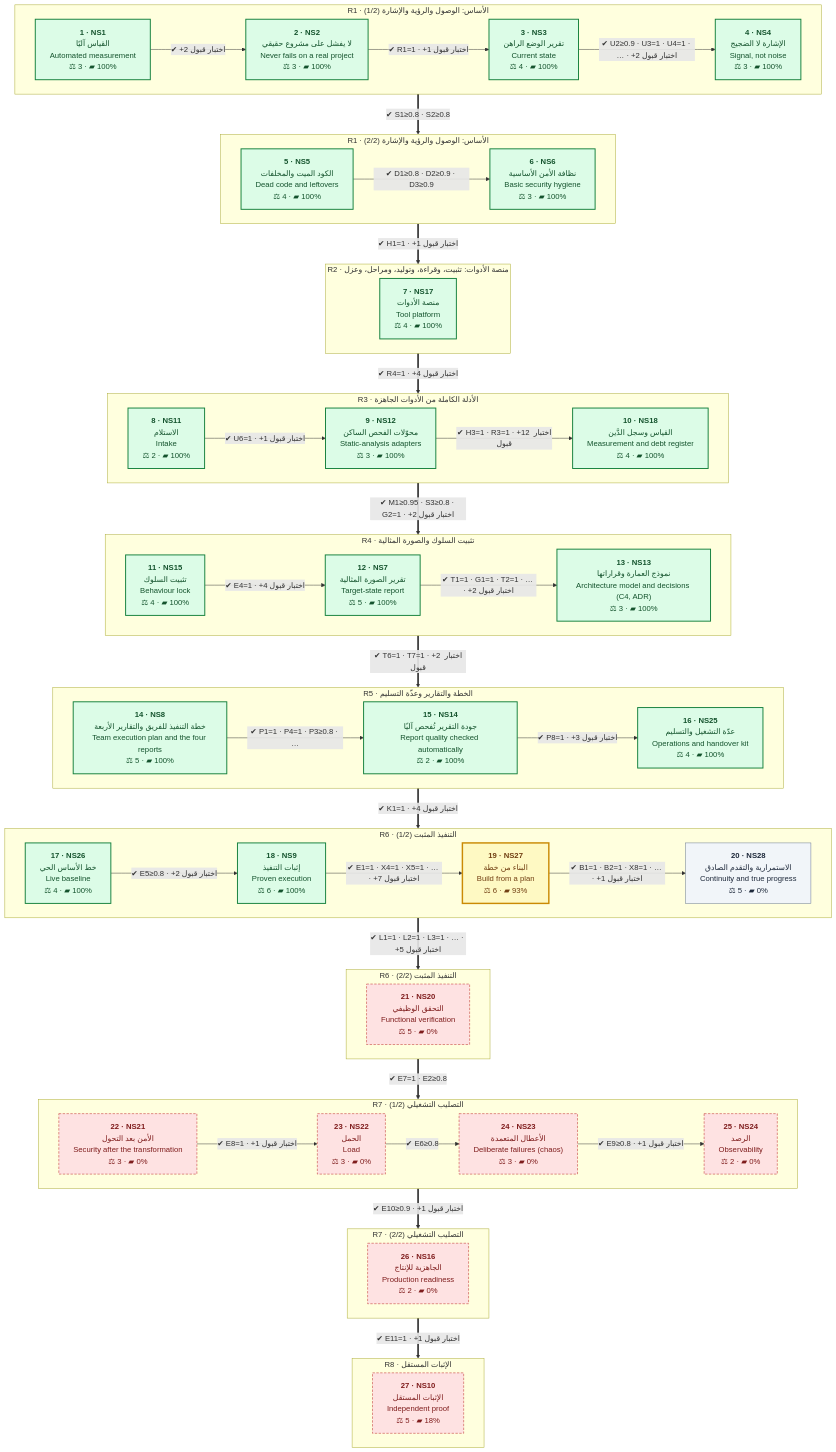
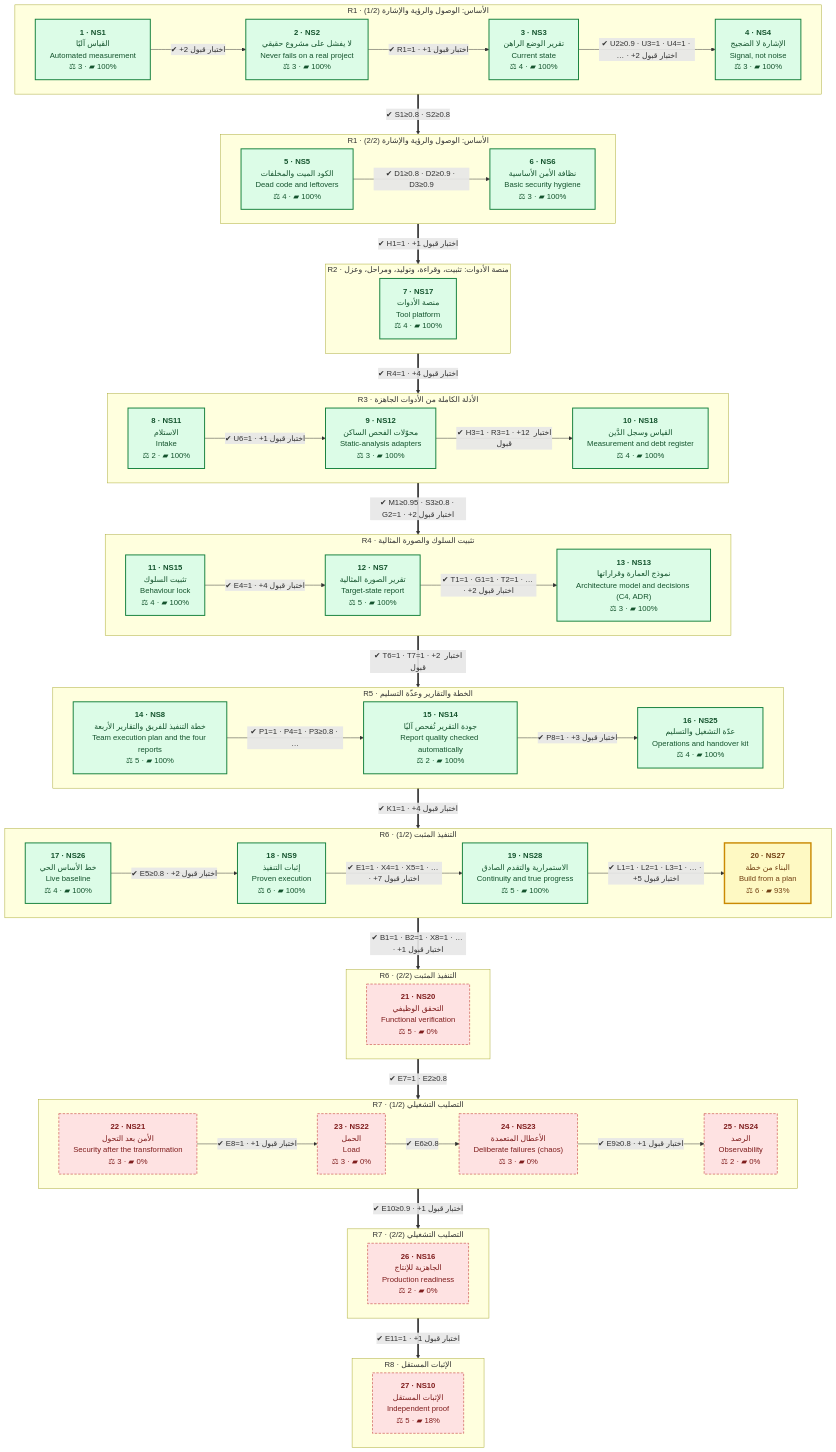
The second of 2 diagrams in README.md (eom1417/engineering-audit-os), drawn with Mermaid before and after one commit. The commit also changed other lines of this file and 3 other files, not shown here.

Commit message:
NS28 done (T1-T9): L1-L6 = 1.0 from the real trials (Codex cut mid-batch, Claude Code went on from 'continue' alone; chief-ops open on main with its work on a branch), X8 = X10 = 1.0; NS28 ordered before NS27, whose last task is the owner's trial. Progress 77.5/100

```diff
--- a/README.md
+++ b/README.md
@@ -295,11 +293,11 @@
         direction LR
         NS26["<b>17 · NS26</b><br/>خط الأساس الحي<br/>Live baseline<br/>⚖ 4 · ▰ 100%"]:::done
         NS9["<b>18 · NS9</b><br/>إثبات التنفيذ<br/>Proven execution<br/>⚖ 6 · ▰ 100%"]:::done
-        NS27["<b>19 · NS27</b><br/>البناء من خطة<br/>Build from a plan<br/>⚖ 6 · ▰ 93%"]:::current
-        NS28["<b>20 · NS28</b><br/>الاستمرارية والتقدم الصادق<br/>Continuity and true progress<br/>⚖ 5 · ▰ 0%"]:::next
+        NS28["<b>19 · NS28</b><br/>الاستمرارية والتقدم الصادق<br/>Continuity and true progress<br/>⚖ 5 · ▰ 100%"]:::done
+        NS27["<b>20 · NS27</b><br/>البناء من خطة<br/>Build from a plan<br/>⚖ 6 · ▰ 93%"]:::current
         NS26 -->|"✔ E5≥0.8 · +2 اختبار قبول"| NS9
-        NS9 -->|"✔ E1=1 · X4=1 · X5=1 · … · +7 اختبار قبول"| NS27
-        NS27 -->|"✔ B1=1 · B2=1 · X8=1 · … · +1 اختبار قبول"| NS28
+        NS9 -->|"✔ E1=1 · X4=1 · X5=1 · … · +7 اختبار قبول"| NS28
+        NS28 -->|"✔ L1=1 · L2=1 · L3=1 · … · +5 اختبار قبول"| NS27
     end
     subgraph R6_2["R6 · التنفيذ المثبت (2/2)"]
         direction LR
@@ -329,7 +327,7 @@
     R3_1 ==>|"✔ M1≥0.95 · S3≥0.8 · G2=1 · +2 اختبار قبول"| R4_1
     R4_1 ==>|"✔ T6=1 · T7=1 · +2 اختبار قبول"| R5_1
     R5_1 ==>|"✔ K1=1 · +4 اختبار قبول"| R6_1
-    R6_1 ==>|"✔ L1=1 · L2=1 · L3=1 · … · +5 اختبار قبول"| R6_2
+    R6_1 ==>|"✔ B1=1 · B2=1 · X8=1 · … · +1 اختبار قبول"| R6_2
     R6_2 ==>|"✔ E7=1 · E2≥0.8"| R7_1
     R7_1 ==>|"✔ E10≥0.9 · +1 اختبار قبول"| R7_2
     R7_2 ==>|"✔ E11=1 · +1 اختبار قبول"| R8_1
```
